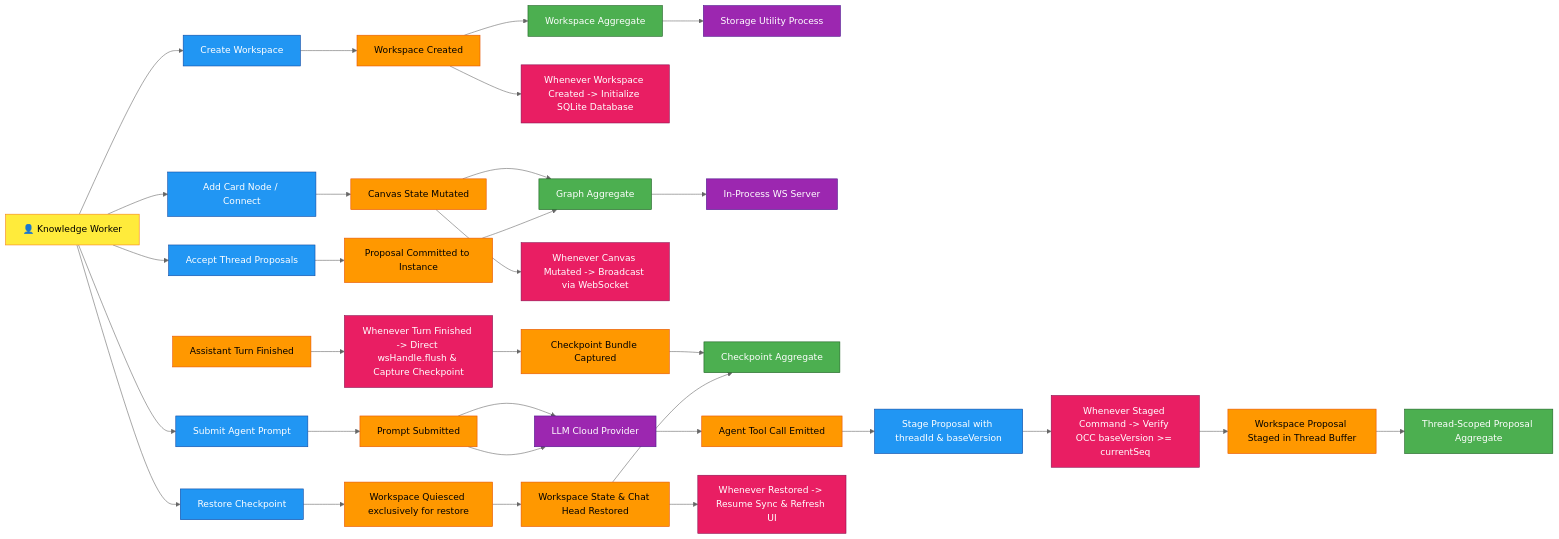
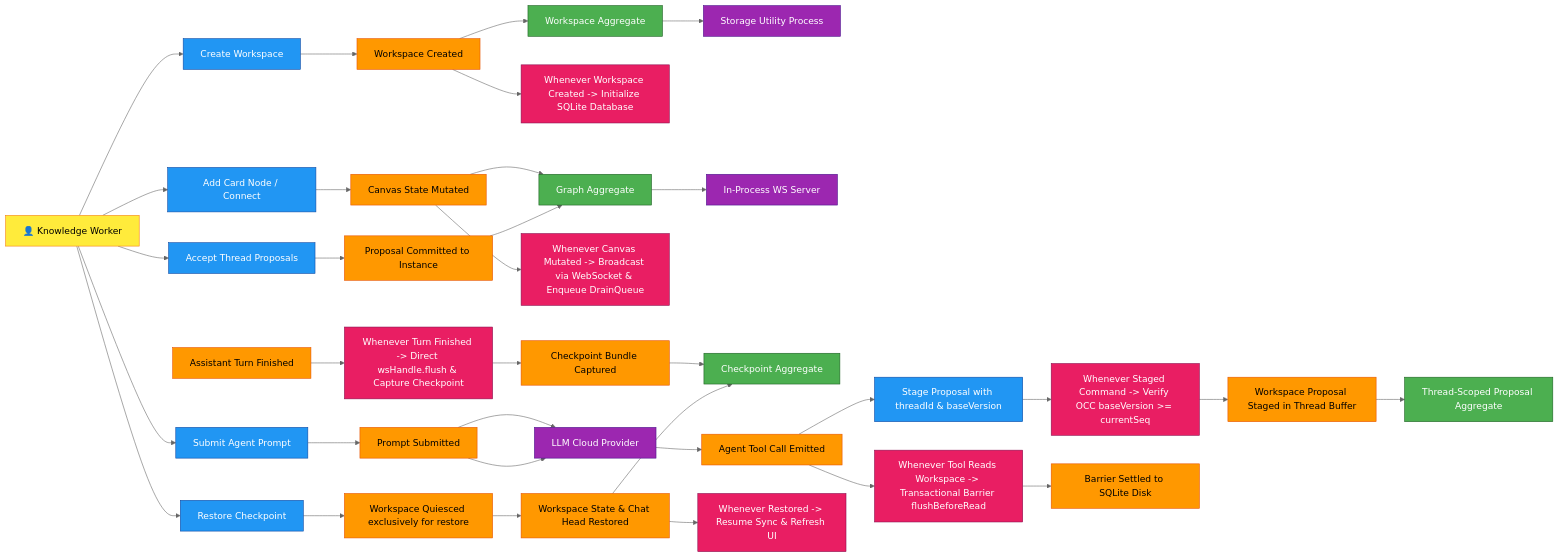
One commit to Goldwaterfung/Collaragent changed the second of 17 diagrams in docs/design-catalog/README.md. Above: the diagram before and after it, drawn with Mermaid (neutral theme). The commit also changed other lines of this file and 595 other files, not shown here.

Commit message:
ci: Refactor architecture to event-driven, eliminate hardcoded timeout

```diff
--- a/docs/design-catalog/README.md
+++ b/docs/design-catalog/README.md
@@ -129,7 +134,7 @@
     CmdAddNode[Add Card Node / Connect]:::command
     EvtCanvasMutated[Canvas State Mutated]:::event
     AggGraph[Graph Aggregate]:::aggregate
-    PolBroadcast[Whenever Canvas Mutated -> Broadcast via WebSocket]:::policy
+    PolBroadcast[Whenever Canvas Mutated -> Broadcast via WebSocket & Enqueue DrainQueue]:::policy
     SysWSServer[In-Process WS Server]:::system
 
     User --> CmdAddNode
@@ -164,11 +169,15 @@
     PolOCC[Whenever Staged Command -> Verify OCC baseVersion >= currentSeq]:::policy
     EvtPropStaged[Workspace Proposal Staged in Thread Buffer]:::event
     AggProposal[Thread-Scoped Proposal Aggregate]:::aggregate
+    PolReadBarrier[Whenever Tool Reads Workspace -> Transactional Barrier flushBeforeRead]:::policy
+    EvtBarrierResolved[Barrier Settled to SQLite Disk]:::event
 
     EvtToolCalled --> CmdStageProp
     CmdStageProp --> PolOCC
     PolOCC --> EvtPropStaged
     EvtPropStaged --> AggProposal
+    EvtToolCalled --> PolReadBarrier
+    PolReadBarrier --> EvtBarrierResolved
 
     %% 6. Thread-Scoped Proposal Acceptance & Commit
     CmdAccept[Accept Thread Proposals]:::command
```
